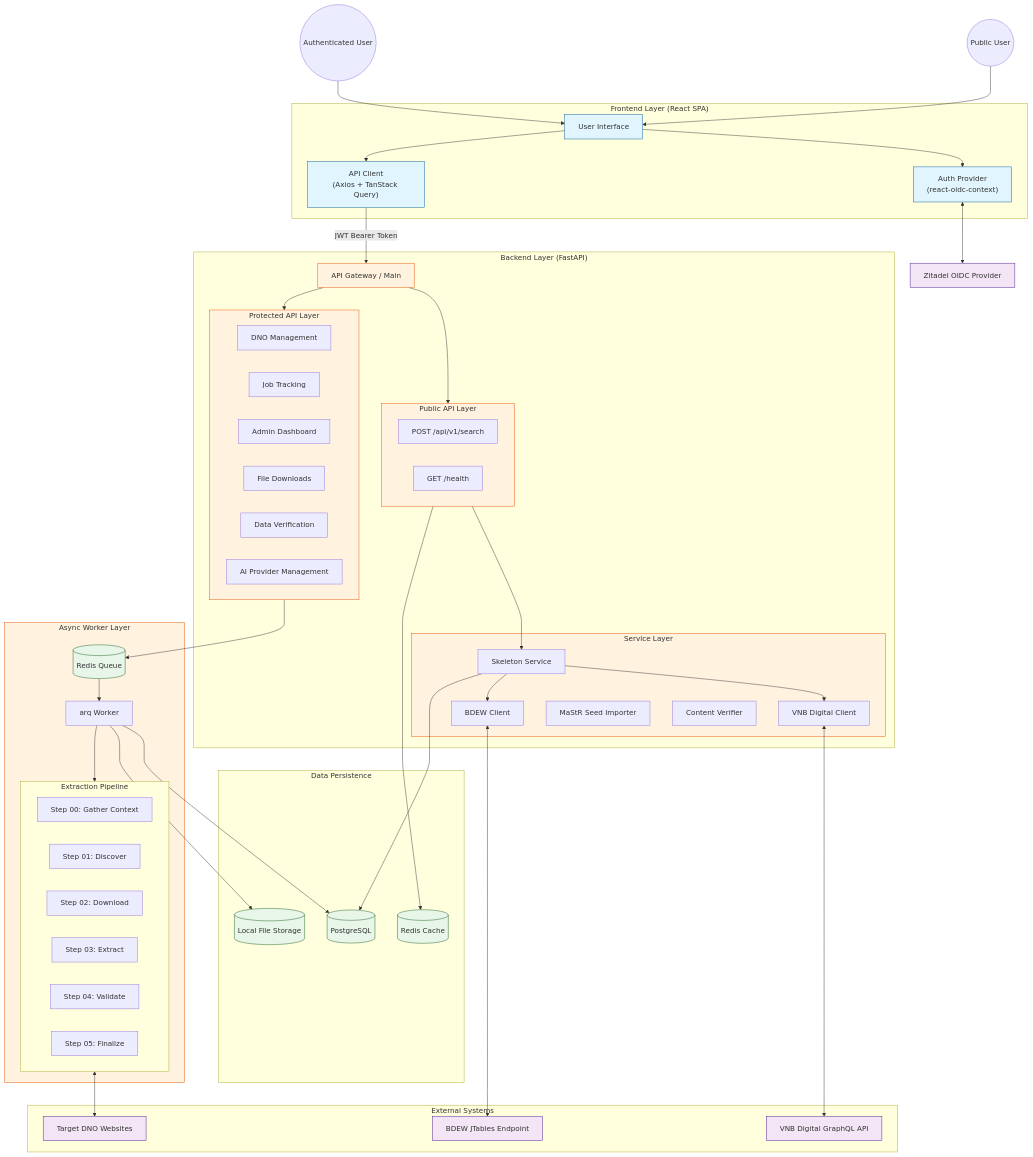
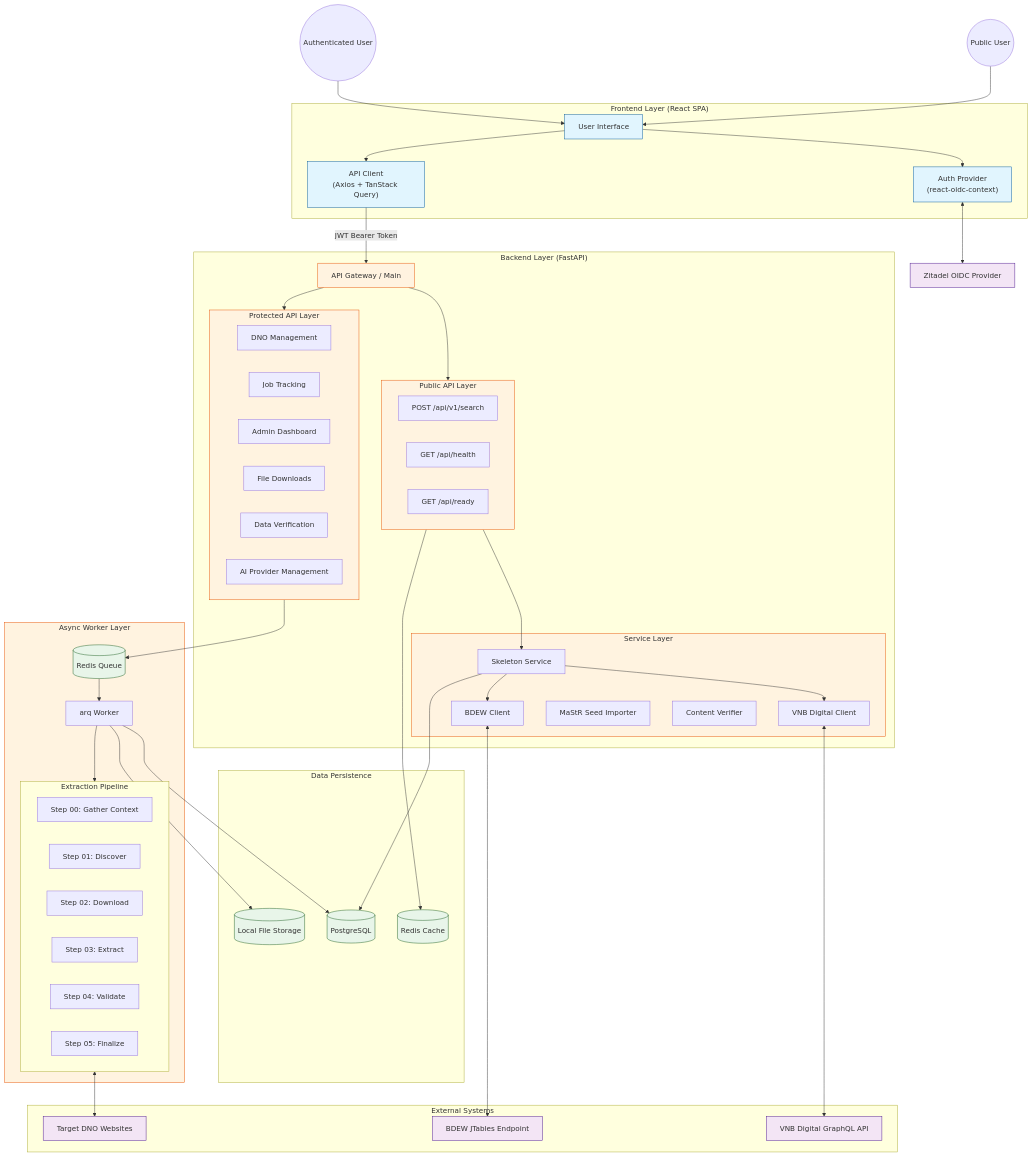
Before and after one commit to KyleDerZweite/dno-crawler: the first of 5 diagrams in docs/ARCHITECTURE.md, drawn with Mermaid. The commit also changed other lines of this file and 34 other files, not shown here.

```diff
--- a/docs/ARCHITECTURE.md
+++ b/docs/ARCHITECTURE.md
@@ -30,7 +30,8 @@
         
         subgraph PublicAPI ["Public API Layer"]
             SearchRoute[POST /api/v1/search]
-            HealthRoute[GET /health]
+            HealthRoute[GET /api/health]
+            ReadyRoute[GET /api/ready]
         end
 
         subgraph ProtectedAPI ["Protected API Layer"]
```
